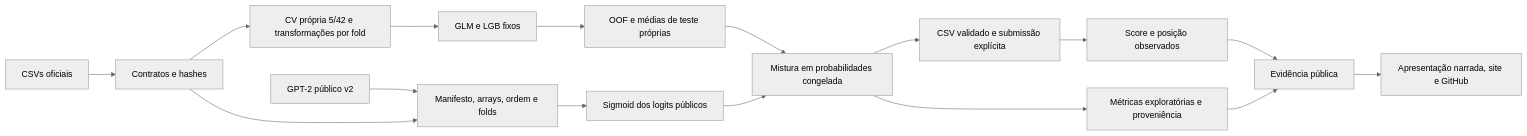
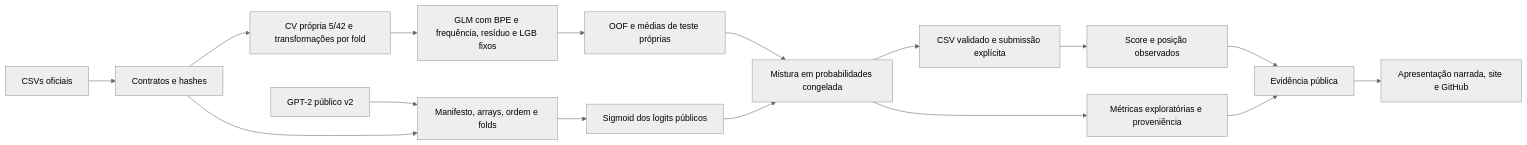
One commit to aikolopes-DS/fraudlab changed the diagram in docs/design.md. Above: the diagram before and after it, drawn with Mermaid (neutral theme). The commit also changed other lines of this file and 13 other files, not shown here.

````diff
--- a/docs/design.md
+++ b/docs/design.md
@@ -25,18 +27,18 @@
 ```mermaid
 flowchart LR
     A[CSVs oficiais] --> B[Contratos e hashes]
     B --> C[CV própria 5/42 e transformações por fold]
-    C --> D[GLM e LGB fixos]
+    C --> D[GLM com BPE e frequência, resíduo e LGB fixos]
     D --> E[OOF e médias de teste próprias]
     F[GPT-2 público v2] --> G[Manifesto, arrays, ordem e folds]
     B --> G
     G --> H[Sigmoid dos logits públicos]
     E --> I[Mistura em probabilidades congelada]
     H --> I
     I --> J[CSV validado e submissão explícita]
     J --> K[Score e posição observados]
     I --> L[Métricas exploratórias e proveniência]
     K --> M[Evidência pública]
     L --> M
     M --> N[Apresentação narrada, site e GitHub]
 ```
````
